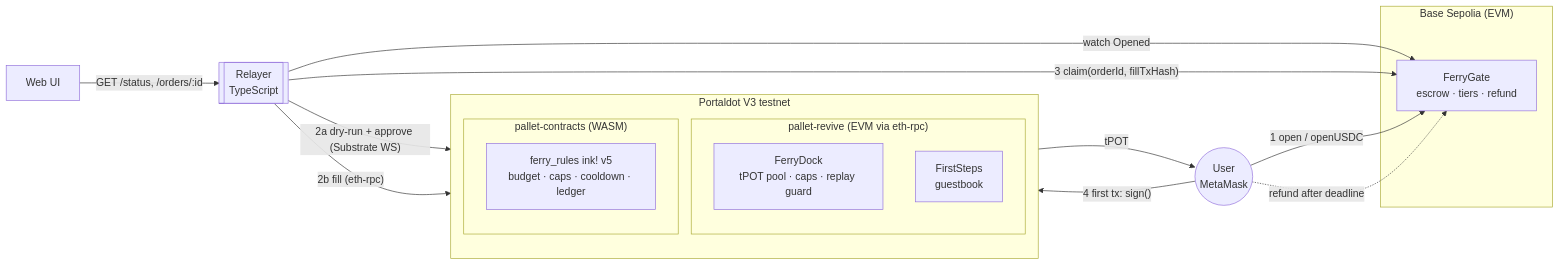
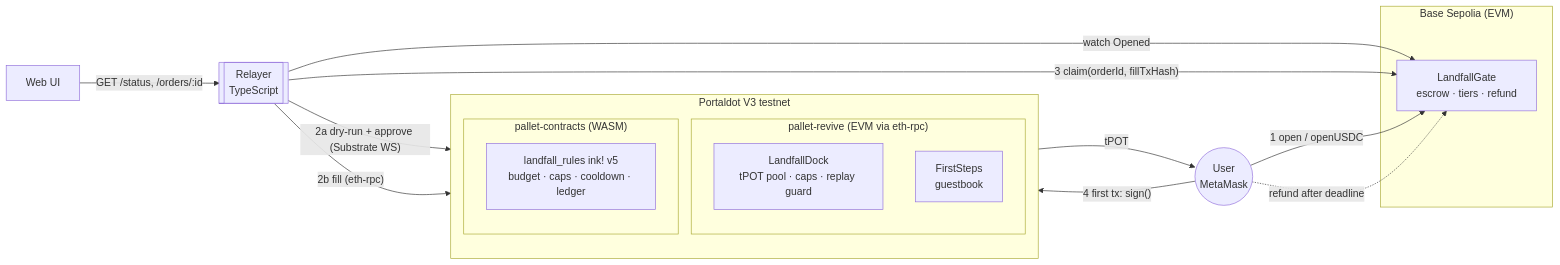
One commit to itsolaph/dotgas changed the first of 2 diagrams in README.md. Above: the diagram before and after it, drawn with Mermaid. The commit also changed other lines of this file and 37 other files, not shown here.

````diff
--- a/README.md
+++ b/README.md
@@ -24,25 +24,25 @@
 ```mermaid
 flowchart LR
   subgraph Base["Base Sepolia (EVM)"]
-    G[FerryGate<br/>escrow · tiers · refund]
+    G[LandfallGate<br/>escrow · tiers · refund]
   end
   subgraph PD["Portaldot V3 testnet"]
     direction TB
     subgraph REVIVE["pallet-revive (EVM via eth-rpc)"]
-      D[FerryDock<br/>tPOT pool · caps · replay guard]
+      D[LandfallDock<br/>tPOT pool · caps · replay guard]
       F[FirstSteps<br/>guestbook]
     end
     subgraph WASM["pallet-contracts (WASM)"]
-      R[ferry_rules ink! v5<br/>budget · caps · cooldown · ledger]
+      R[landfall_rules ink! v5<br/>budget · caps · cooldown · ledger]
     end
   end
   U((User<br/>MetaMask)) -- "1 open / openUSDC" --> G
   RL[[Relayer<br/>TypeScript]] -- "watch Opened" --> G
   RL -- "2a dry-run + approve (Substrate WS)" --> R
   RL -- "2b fill (eth-rpc)" --> D
   D -- "tPOT" --> U
   RL -- "3 claim(orderId, fillTxHash)" --> G
   U -- "4 first tx: sign()" --> F
   U -. "refund after deadline" .-> G
   W[Web UI] -- "GET /status, /orders/:id" --> RL
 ```
````
